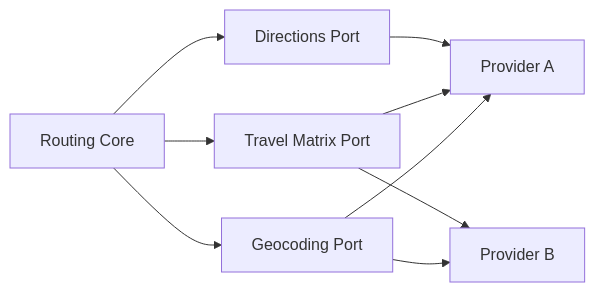
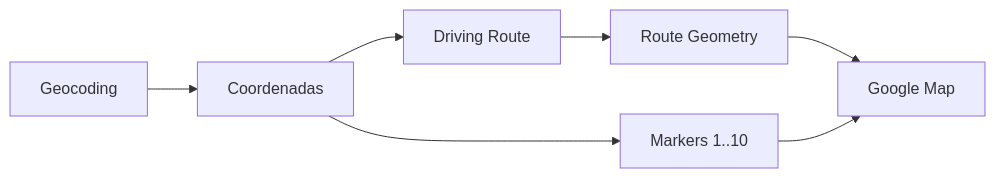
The diagram in roteiro-inteligente/docs/05-MAPS-AND-DATA-SOURCES.md (sales-force-pb/melhor-abordagem), drawn with Mermaid before and after one commit. The commit also changed other lines of this file, not shown here.

Commit message:
docs: document Google Maps driving route requirements

````diff
--- a/roteiro-inteligente/docs/05-MAPS-AND-DATA-SOURCES.md
+++ b/roteiro-inteligente/docs/05-MAPS-AND-DATA-SOURCES.md
@@ -36,11 +24,9 @@
 ```mermaid
 flowchart LR
-    CORE[Routing Core] --> GEO[Geocoding Port]
-    CORE --> MATRIX[Travel Matrix Port]
-    CORE --> DIR[Directions Port]
-    GEO --> P1[Provider A]
-    MATRIX --> P1
-    DIR --> P1
-    GEO --> P2[Provider B]
-    MATRIX --> P2
+    GEO[Geocoding] --> DATA[Coordenadas]
+    DATA --> ROUTE[Driving Route]
+    ROUTE --> GEOM[Route Geometry]
+    GEOM --> MAP[Google Map]
+    DATA --> MARKERS[Markers 1..10]
+    MARKERS --> MAP
 ```
````
